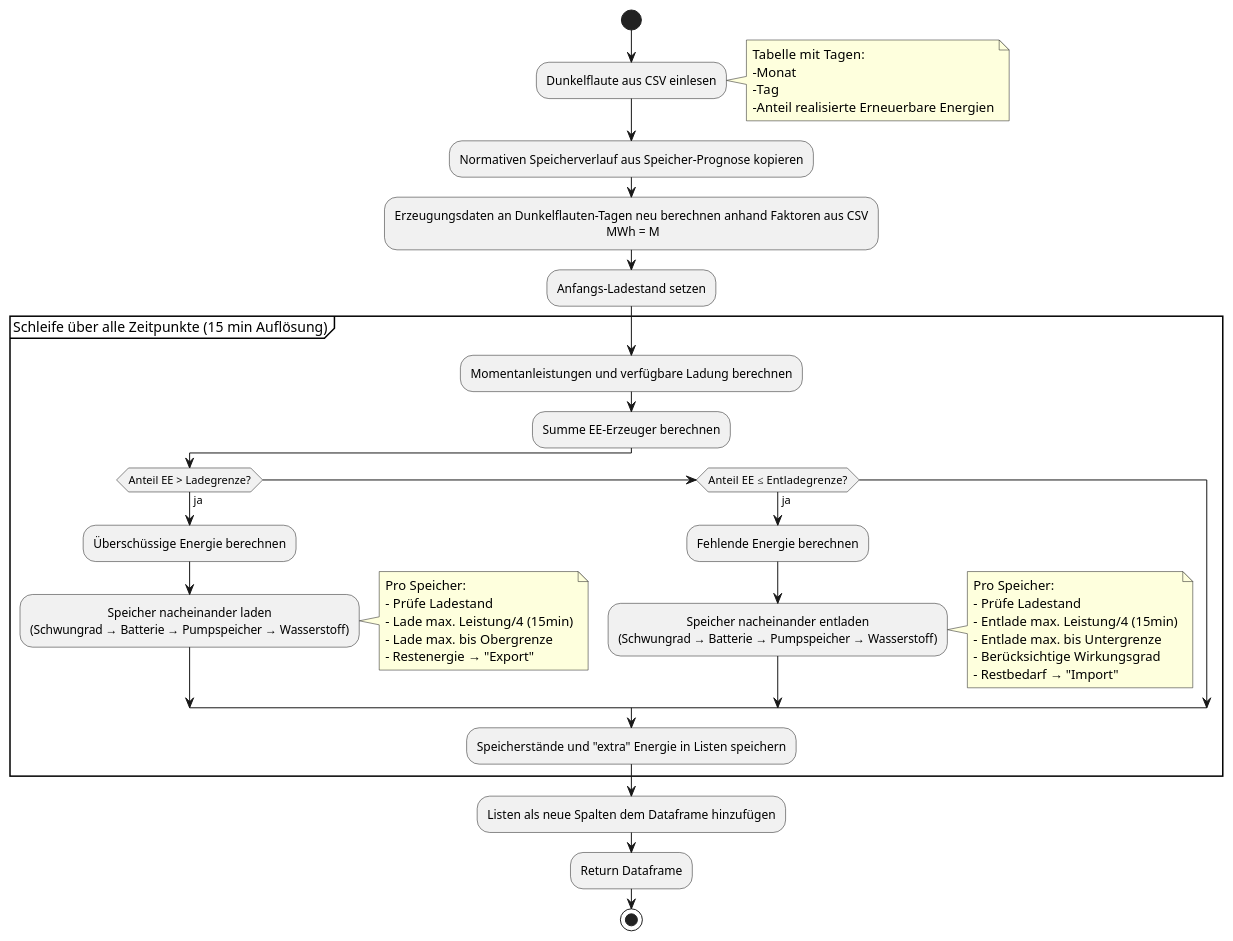
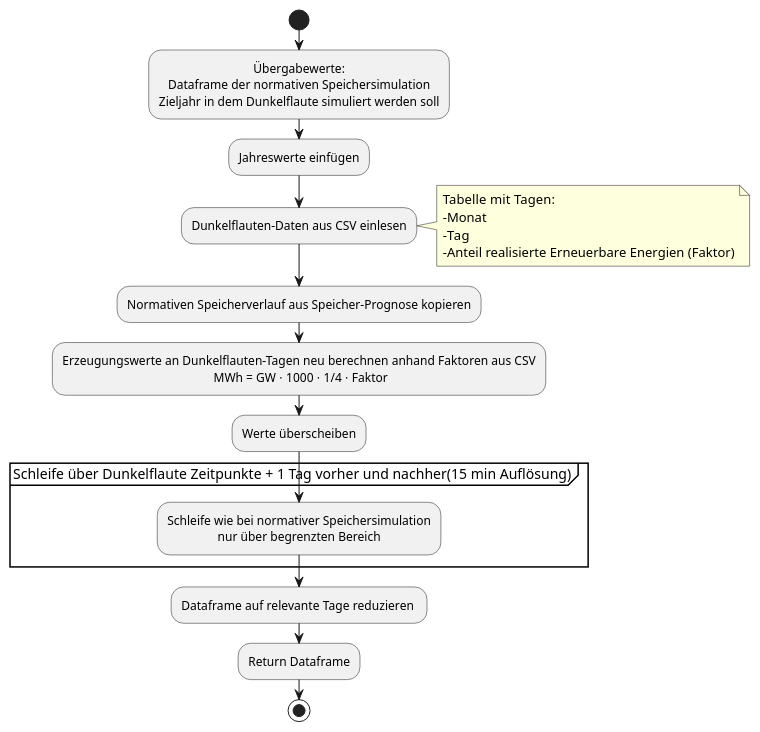
Before and after one commit to gitroi/IPJ1-Pottkieker: the diagram in Sonstiges/UML_Diagramme/Dunkelflaute.plantuml, drawn with PlantUML.

Commit message:
Dunkelflaute PlantUML

```diff
--- a/Sonstiges/UML_Diagramme/Dunkelflaute.plantuml
+++ b/Sonstiges/UML_Diagramme/Dunkelflaute.plantuml
@@ -1,72 +1,48 @@
 @startuml Dunkelflaute
 
 <style>
 activity {
     HorizontalAlignment center
 }
 </style>
 
 start
 
-:Dunkelflaute aus CSV einlesen;
+:Übergabewerte: 
+Dataframe der normativen Speichersimulation
+Zieljahr in dem Dunkelflaute simuliert werden soll;
+
+:Jahreswerte einfügen;
+
+:Dunkelflauten-Daten aus CSV einlesen;
 
 note right
 Tabelle mit Tagen:
 -Monat
 -Tag
--Anteil realisierte Erneuerbare Energien
+-Anteil realisierte Erneuerbare Energien (Faktor)
 end note
 
 
 :Normativen Speicherverlauf aus Speicher-Prognose kopieren;
 
 
-:Erzeugungsdaten an Dunkelflauten-Tagen neu berechnen anhand Faktoren aus CSV\n MWh = M;
+:Erzeugungswerte an Dunkelflauten-Tagen neu berechnen anhand Faktoren aus CSV\n MWh = GW ⋅ 1000 ⋅ 1/4 ⋅ Faktor;
 
-:Anfangs-Ladestand setzen;
+:Werte überscheiben;
 
-partition "Schleife über alle Zeitpunkte (15 min Auflösung)" {
+partition "Schleife über Dunkelflaute Zeitpunkte + 1 Tag vorher und nachher(15 min Auflösung)" {
     
-    :Momentanleistungen und verfügbare Ladung berechnen;
+    :Schleife wie bei normativer Speichersimulation 
+    nur über begrenzten Bereich;
     
-    :Summe EE-Erzeuger berechnen;
-    
-    if (Anteil EE > Ladegrenze?) then (ja)
-        :Überschüssige Energie berechnen;
-        
-        :Speicher nacheinander laden\n(Schwungrad → Batterie → Pumpspeicher → Wasserstoff);
-        
-        note right
-            Pro Speicher:
-            - Prüfe Ladestand
-            - Lade max. Leistung/4 (15min)
-            - Lade max. bis Obergrenze
-            - Restenergie → "Export"
-        end note
-        
-    elseif (Anteil EE ≤ Entladegrenze?) then (ja)
-        :Fehlende Energie berechnen;
-        
-        :Speicher nacheinander entladen\n(Schwungrad → Batterie → Pumpspeicher → Wasserstoff);
-        
-        note right
-            Pro Speicher:
-            - Prüfe Ladestand
-            - Entlade max. Leistung/4 (15min)
-            - Entlade max. bis Untergrenze
-            - Berücksichtige Wirkungsgrad
-            - Restbedarf → "Import"
-        end note
-        
-    endif
-    
-    :Speicherstände und "extra" Energie in Listen speichern;
+
     
 }
 
-:Listen als neue Spalten dem Dataframe hinzufügen;
+:Dataframe auf relevante Tage reduzieren ;
 
 :Return Dataframe;
 
 stop
 @enduml
```
